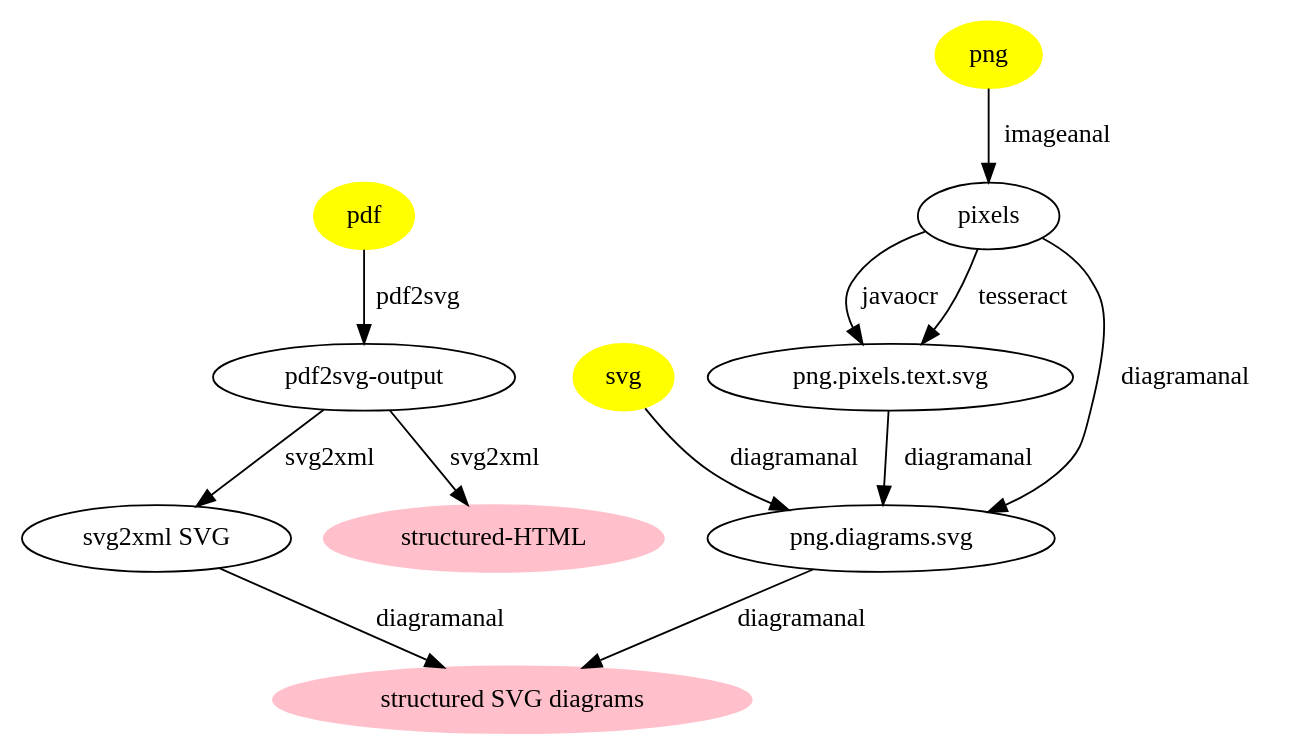
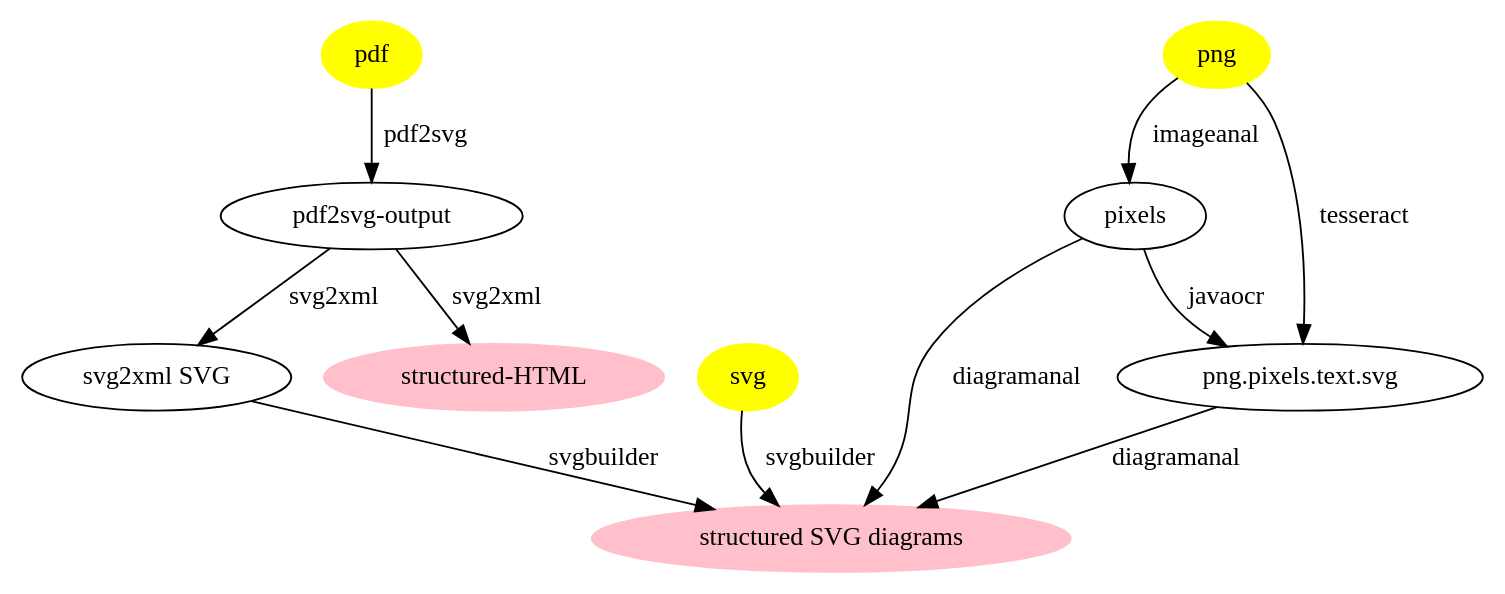
One commit to petermr/cproject changed the diagram in src/main/resources/org/xmlcml/cmine/args/prenorma.dot. Above: the diagram before and after it, drawn with Graphviz. The commit also changed 7 other files, not shown here.

```diff
--- a/src/main/resources/org/xmlcml/cmine/args/prenorma.dot
+++ b/src/main/resources/org/xmlcml/cmine/args/prenorma.dot
@@ -1,25 +1,25 @@
 digraph prenorma {
 "pdf" [label="pdf", style="filled", color="yellow"]
 "png" [label="png", style="filled", color="yellow"]
 "svg" [label="svg", style="filled", color="yellow"]
 
 "pdf.svg" [label="pdf2svg-output"];
 "svg2xml.svg" [label="svg2xml SVG"];
 "fulltext.html" [label="structured-HTML", style="filled", color="pink"];
 "diagrams.svg" [label="structured SVG diagrams", style="filled", color="pink"];
 
-"png.pixels.svg" [label="pixels"];
+"png.pixels" [label="pixels"];
 
 "pdf" -> "pdf.svg" [label="pdf2svg"];
 "pdf.svg" -> "svg2xml.svg" [label="svg2xml"];
 "pdf.svg" -> "fulltext.html" [label="svg2xml"];
 
-"png" -> "png.pixels.svg" [label="imageanal"];
-"png.pixels.svg" -> "png.pixels.text.svg"  [label="javaocr"]
-"png.pixels.svg" -> "png.pixels.text.svg"  [label="tesseract"]
-"png.pixels.text.svg" -> "png.diagrams.svg" [label="diagramanal"]
-"png.pixels.svg" -> "png.diagrams.svg"  [label="diagramanal"]
-"png.diagrams.svg" -> "diagrams.svg" [label="diagramanal"]
-"svg2xml.svg" -> "diagrams.svg" [label="diagramanal"]
-"svg" -> "png.diagrams.svg"  [label="diagramanal"]
+"png" -> "png.pixels" [label="imageanal"];
+"png.pixels" -> "png.pixels.text.svg"  [label="javaocr"]
+"png" -> "png.pixels.text.svg"  [label="tesseract"]
+"png.pixels.text.svg" -> "diagrams.svg" [label="diagramanal"]
+"png.pixels" -> "diagrams.svg"  [label="diagramanal"]
+// "png.diagrams.svg" -> "diagrams.svg" [label="svgbuilder"]
+"svg2xml.svg" -> "diagrams.svg" [label="svgbuilder"]
+"svg" -> "diagrams.svg"  [label="svgbuilder"]
 }
```
